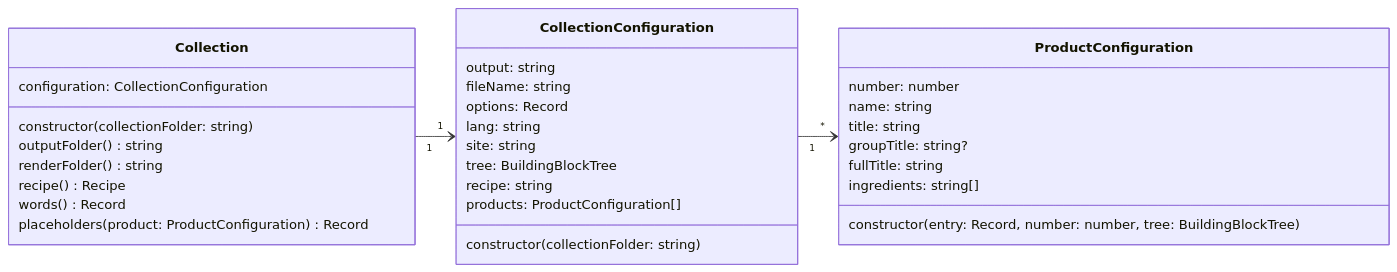
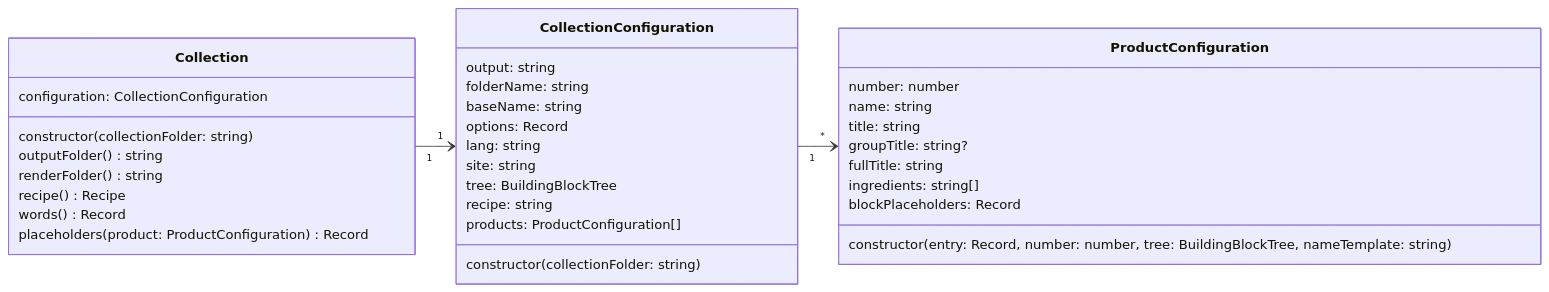
Before and after one commit to matthiasbaitsch/quarto-loi-moi: the fourth of 6 diagrams in DESIGN.md, drawn with Mermaid. The commit also changed other lines of this file and 47 other files, not shown here.

````diff
--- a/DESIGN.md
+++ b/DESIGN.md
@@ -200,35 +200,37 @@
 ```mermaid
 classDiagram
   direction LR
   Collection "1" --> "1" CollectionConfiguration
   CollectionConfiguration "1" --> "*" ProductConfiguration
   class Collection {
     configuration: CollectionConfiguration
     constructor(collectionFolder: string)
     outputFolder() string
     renderFolder() string
     recipe() Recipe
     words() Record
     placeholders(product: ProductConfiguration) Record
   }
   class CollectionConfiguration {
     output: string
-    fileName: string
+    folderName: string
+    baseName: string
     options: Record
     lang: string
     site: string
     tree: BuildingBlockTree
     recipe: string
     products: ProductConfiguration[]
     constructor(collectionFolder: string)
   }
   class ProductConfiguration {
     number: number
     name: string
     title: string
     groupTitle: string?
     fullTitle: string
     ingredients: string[]
-    constructor(entry: Record, number: number, tree: BuildingBlockTree)
+    blockPlaceholders: Record
+    constructor(entry: Record, number: number, tree: BuildingBlockTree, nameTemplate: string)
   }
 ```
````
